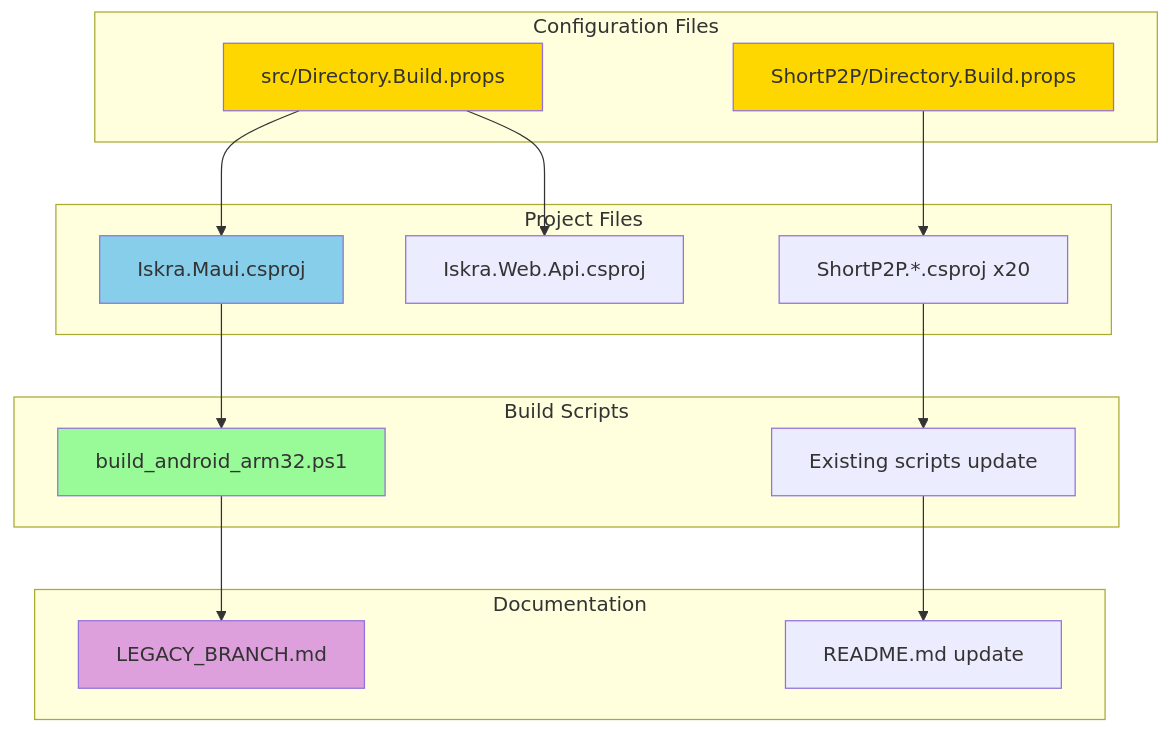
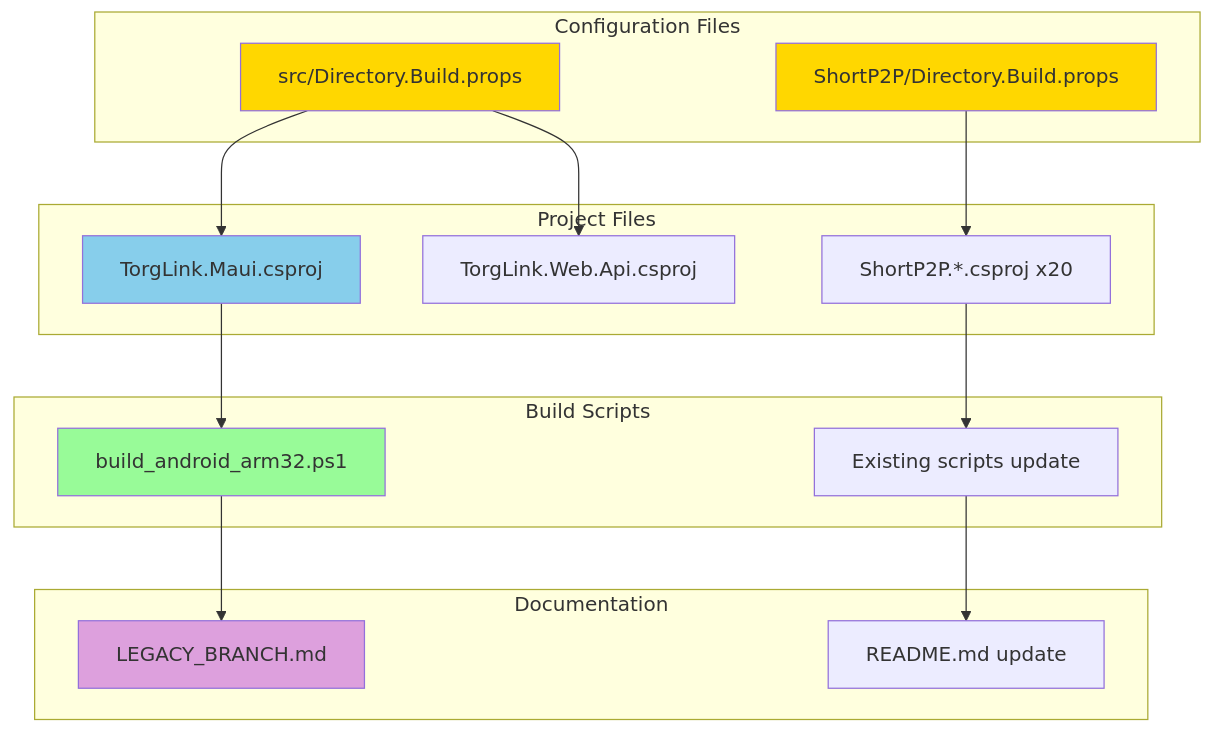
The eighth of 10 diagrams in plans/legacy-support-implementation-diagram.md (IskraMessenger/Iskra.MAUI), drawn with Mermaid before and after one commit. The commit also changed 416 other files, not shown here.

Commit message:
Rebrand product from Iskra to TorgLink across apps, scripts, and CI.

````diff
--- a/plans/legacy-support-implementation-diagram.md
+++ b/plans/legacy-support-implementation-diagram.md
@@ -171,39 +171,39 @@
 ```mermaid
 graph TD
     subgraph "Configuration Files"
         C1[src/Directory.Build.props]
         C2[ShortP2P/Directory.Build.props]
     end
     
     subgraph "Project Files"
-        P1[Iskra.Maui.csproj]
+        P1[TorgLink.Maui.csproj]
         P2[ShortP2P.*.csproj x20]
-        P3[Iskra.Web.Api.csproj]
+        P3[TorgLink.Web.Api.csproj]
     end
     
     subgraph "Build Scripts"
         S1[build_android_arm32.ps1]
         S2[Existing scripts update]
     end
     
     subgraph "Documentation"
         D1[LEGACY_BRANCH.md]
         D2[README.md update]
     end
     
     C1 --> P1
     C2 --> P2
     C1 --> P3
     
     P1 --> S1
     P2 --> S2
     
     S1 --> D1
     S2 --> D2
     
     style C1 fill:#FFD700
     style C2 fill:#FFD700
     style P1 fill:#87CEEB
     style S1 fill:#98FB98
     style D1 fill:#DDA0DD
 ```
````
